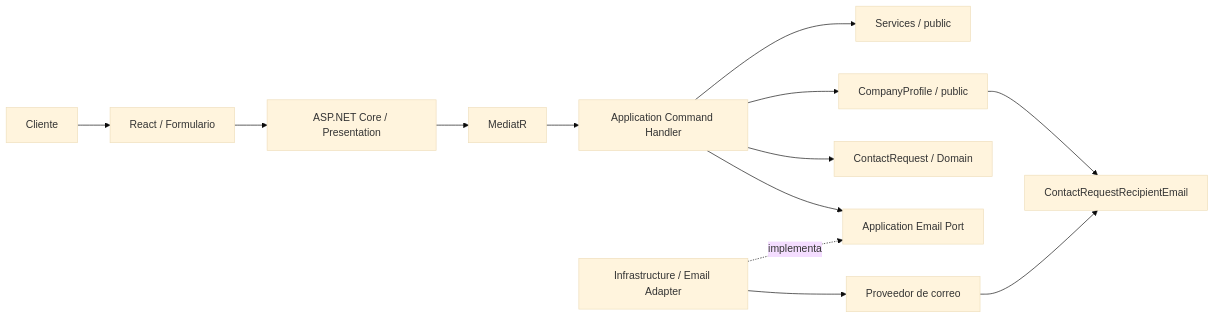
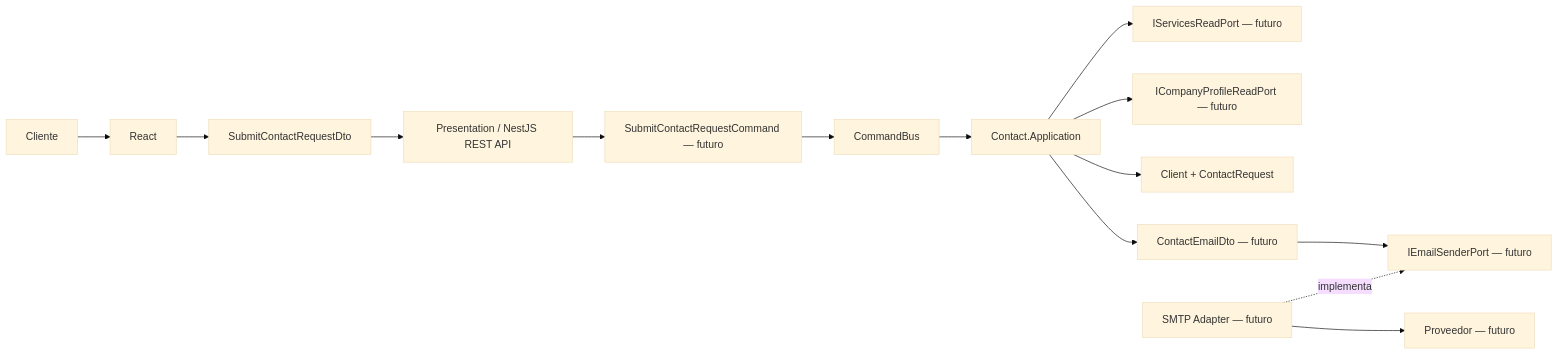
One commit to cromaticacreativa/project-cromaticacreativa-web changed the fourth of 4 diagrams in README.md. Above: the diagram before and after it, drawn with Mermaid (base theme). The commit also changed other lines of this file and 276 other files, not shown here.

````diff
--- a/README.md
+++ b/README.md
@@ -125,15 +134,16 @@
 ```mermaid
 flowchart LR
-    client["Cliente"] --> form["React / Formulario"]
-    form --> api["ASP.NET Core / Presentation"]
-    api --> mediator["MediatR"]
-    mediator --> handler["Application Command Handler"]
-    handler --> services["Services / public"]
-    handler --> profile["CompanyProfile / public"]
-    handler --> domain["ContactRequest / Domain"]
-    handler --> emailPort["Application Email Port"]
-    adapter["Infrastructure / Email Adapter"] -. "implementa" .-> emailPort
-    adapter --> provider["Proveedor de correo"]
-    profile --> recipient["ContactRequestRecipientEmail"]
-    provider --> recipient
+    cliente["Cliente"] --> react["React"]
+    react --> dto["SubmitContactRequestDto"]
+    dto --> api["Presentation / NestJS REST API"]
+    api --> command["SubmitContactRequestCommand — futuro"]
+    command --> bus["CommandBus"]
+    bus --> app["Contact.Application"]
+    app --> services["IServicesReadPort — futuro"]
+    app --> profile["ICompanyProfileReadPort — futuro"]
+    app --> domain["Client + ContactRequest"]
+    app --> emailDto["ContactEmailDto — futuro"]
+    emailDto --> emailPort["IEmailSenderPort — futuro"]
+    adapter["SMTP Adapter — futuro"] -. "implementa" .-> emailPort
+    adapter --> provider["Proveedor — futuro"]
 ```
````
